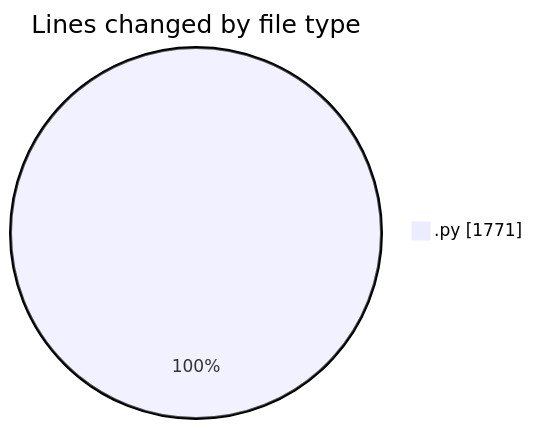
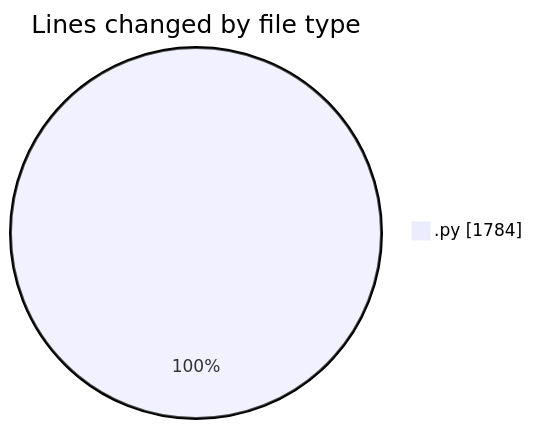
One commit to julien-gomy/code-tracking changed the first of 2 diagrams in 2025-10-21/eventscop-api-guide__workspace_/README.md. Above: the diagram before and after it, drawn with Mermaid. The commit also changed other lines of this file and 1 other file, not shown here.

````diff
--- a/2025-10-21/eventscop-api-guide__workspace_/README.md
+++ b/2025-10-21/eventscop-api-guide__workspace_/README.md
@@ -27,5 +27,5 @@
 ```mermaid
 pie showData
 title Lines changed by file type
-".py" : 1771
+".py" : 1784
 ```
````
